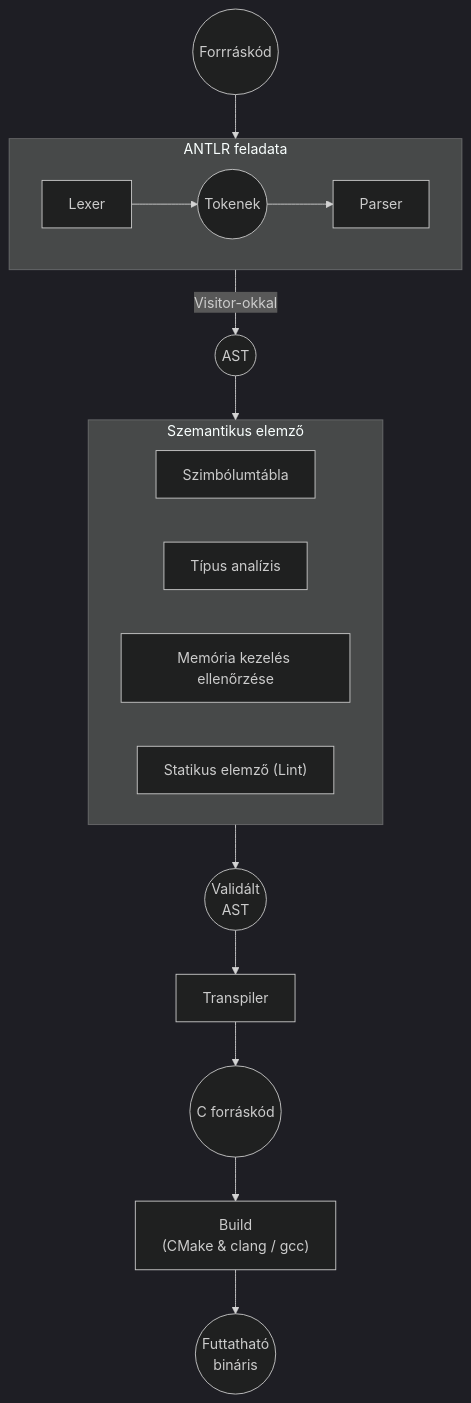
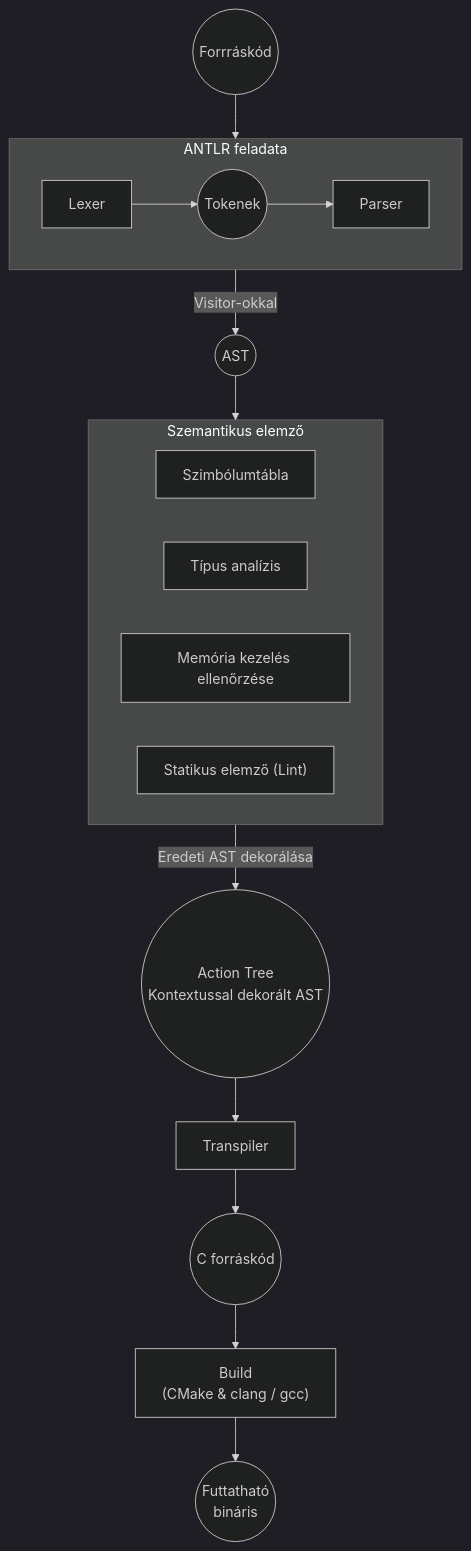
Before and after one commit to niklierik/rhenium: the diagram in architecture.md, drawn with Mermaid (dark theme).

Commit message:
Update Architecture

````diff
--- a/architecture.md
+++ b/architecture.md
@@ -2,24 +2,24 @@
 ```mermaid
 flowchart TD
     sourceFiles(("Forrráskód"))-->antlr
     subgraph antlr["ANTLR feladata"]
         lexer
         lexer[Lexer] --> tokens
         tokens((Tokenek)) --> parser[Parser]
     end
     ast((AST))
     antlr--"Visitor-okkal"-->ast
 
     ast-->semanticAnaylzer
     subgraph semanticAnaylzer["Szemantikus elemző"]
         symboltable["Szimbólumtábla"]
         typecheck["Típus analízis"]
         memcheck["Memória kezelés ellenőrzése"]
         staticheck["Statikus elemző (Lint)"]
     end
 
-    semanticAnaylzer-->validatedAst(("Validált<br>AST"))-->transpiler["Transpiler"]
+    semanticAnaylzer--"Eredeti AST dekorálása"-->actionTree(("Action Tree<br>Kontextussal dekorált AST"))-->transpiler["Transpiler"]
     transpiler-->c(("C forráskód"))
     c-->compiler["Build<br>(CMake & clang / gcc)"]
     compiler-->binary(("Futtatható<br>bináris"))
 ```
````
